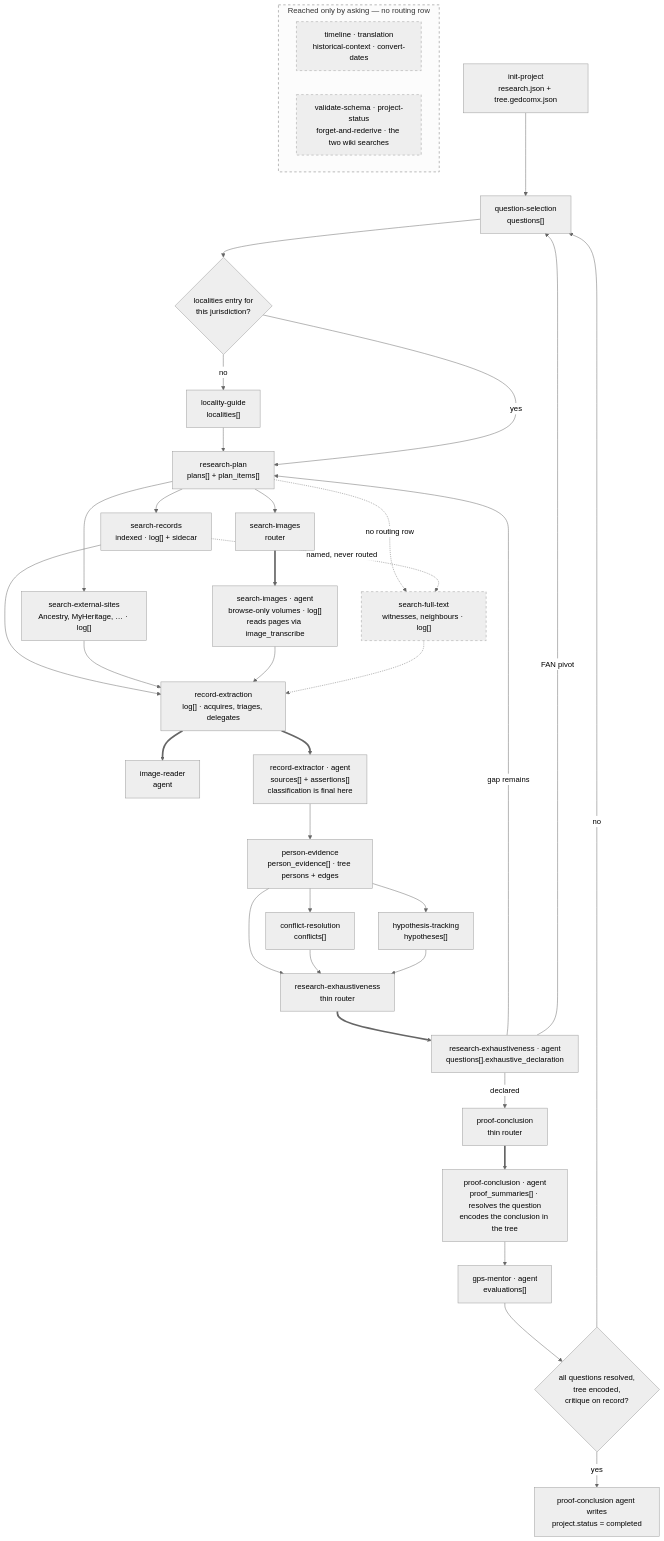
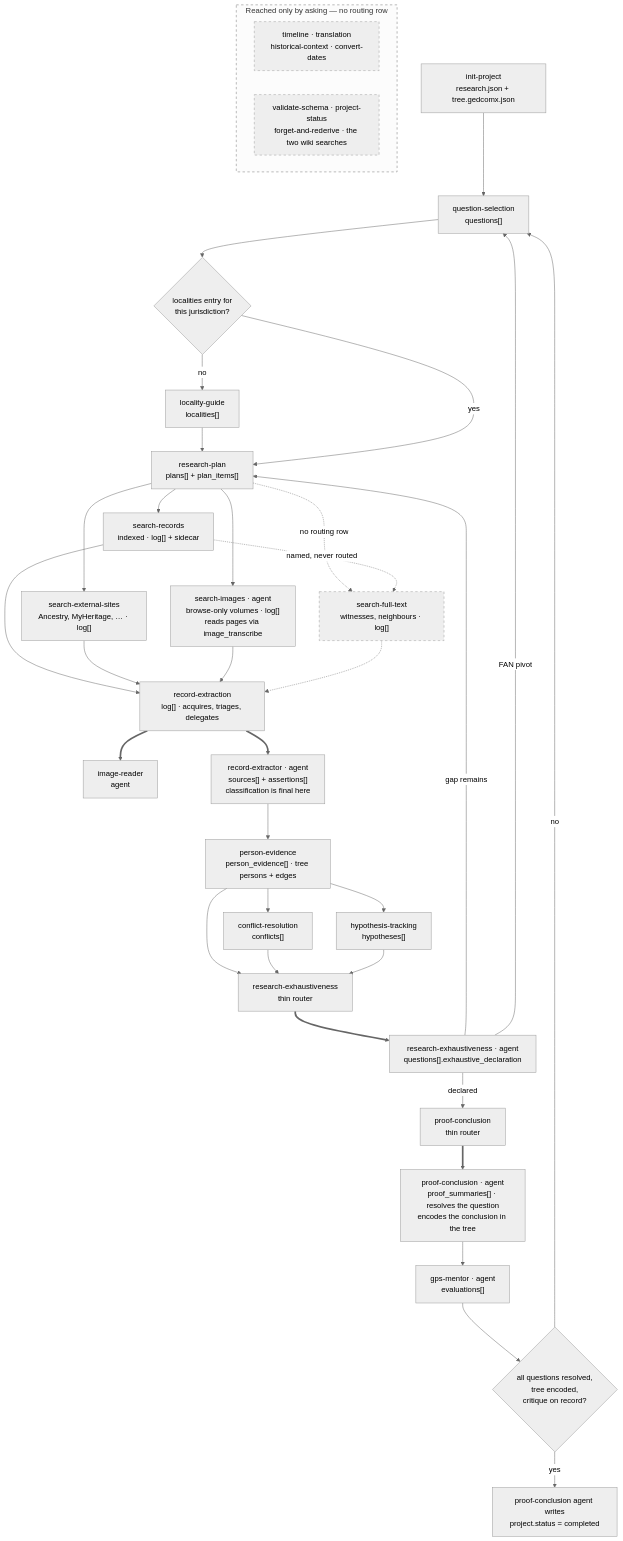
One commit to PioneerAIAcademy/cowork-genealogy changed the diagram in docs/skill-dataflow.md. Above: the diagram before and after it, drawn with Mermaid (neutral theme). The commit also changed other lines of this file and 32 other files, not shown here.

First line of the commit message:
search-images: delete the thin routing skill (#3015)

````diff
--- a/docs/skill-dataflow.md
+++ b/docs/skill-dataflow.md
@@ -67,53 +65,51 @@
 ```mermaid
 flowchart TD
     IP["init-project<br/>research.json + tree.gedcomx.json"] --> QS
     QS["question-selection<br/>questions[]"] --> LOCGATE
     LOCGATE{"localities entry for<br/>this jurisdiction?"}
     LOCGATE -- no --> LG["locality-guide<br/>localities[]"] --> RP
     LOCGATE -- yes --> RP["research-plan<br/>plans[] + plan_items[]"]
 
     RP --> SR["search-records<br/>indexed · log[] + sidecar"]
     RP --> SE["search-external-sites<br/>Ancestry, MyHeritage, … · log[]"]
-    RP --> SI["search-images<br/>router"]
+    RP --> SIA["search-images · agent<br/>browse-only volumes · log[]<br/>reads pages via image_transcribe"]
     RP -.->|"no routing row"| SF["search-full-text<br/>witnesses, neighbours · log[]"]
     SR -.->|"named, never routed"| SF
-
-    SI ==> SIA["search-images · agent<br/>browse-only volumes · log[]<br/>reads pages via image_transcribe"]
     RE ==> IR["image-reader<br/>agent"]
 
     SR --> RE
     SE --> RE
     SIA --> RE
     SF -.-> RE
     RE["record-extraction<br/>log[] · acquires, triages, delegates"]
     RE ==> RX["record-extractor · agent<br/>sources[] + assertions[]<br/>classification is final here"]
 
     RX --> PE["person-evidence<br/>person_evidence[] · tree persons + edges"]
     PE --> CR["conflict-resolution<br/>conflicts[]"]
     PE --> HT["hypothesis-tracking<br/>hypotheses[]"]
     PE --> EX
     CR --> EX
     HT --> EX
 
     EX["research-exhaustiveness<br/>thin router"]
     EX ==> EXA["research-exhaustiveness · agent<br/>questions[].exhaustive_declaration"]
     EXA -- "gap remains" --> RP
     EXA -- "FAN pivot" --> QS
     EXA -- "declared" --> PC
 
     PC["proof-conclusion<br/>thin router"]
     PC ==> PCA["proof-conclusion · agent<br/>proof_summaries[] · resolves the question<br/>encodes the conclusion in the tree"]
     PCA --> GM["gps-mentor · agent<br/>evaluations[]"]
     GM --> GATE{"all questions resolved,<br/>tree encoded,<br/>critique on record?"}
     GATE -- no --> QS
     GATE -- yes --> DONE["proof-conclusion agent writes<br/>project.status = completed"]
 
     subgraph ASK ["Reached only by asking — no routing row"]
         direction LR
         U1["timeline · translation<br/>historical-context · convert-dates"]
         U2["validate-schema · project-status<br/>forget-and-rederive · the two wiki searches"]
     end
 
     classDef unrouted stroke-dasharray: 5 5
     class SF,ASK,U1,U2 unrouted
 ```
````
